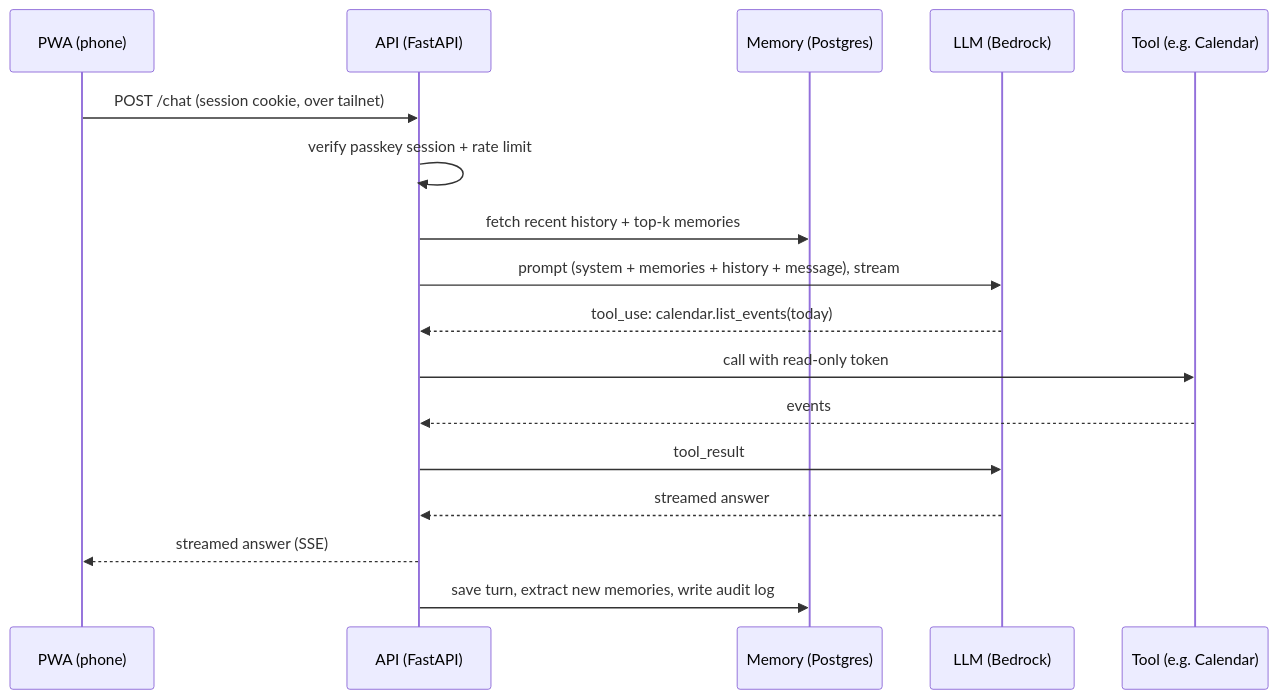
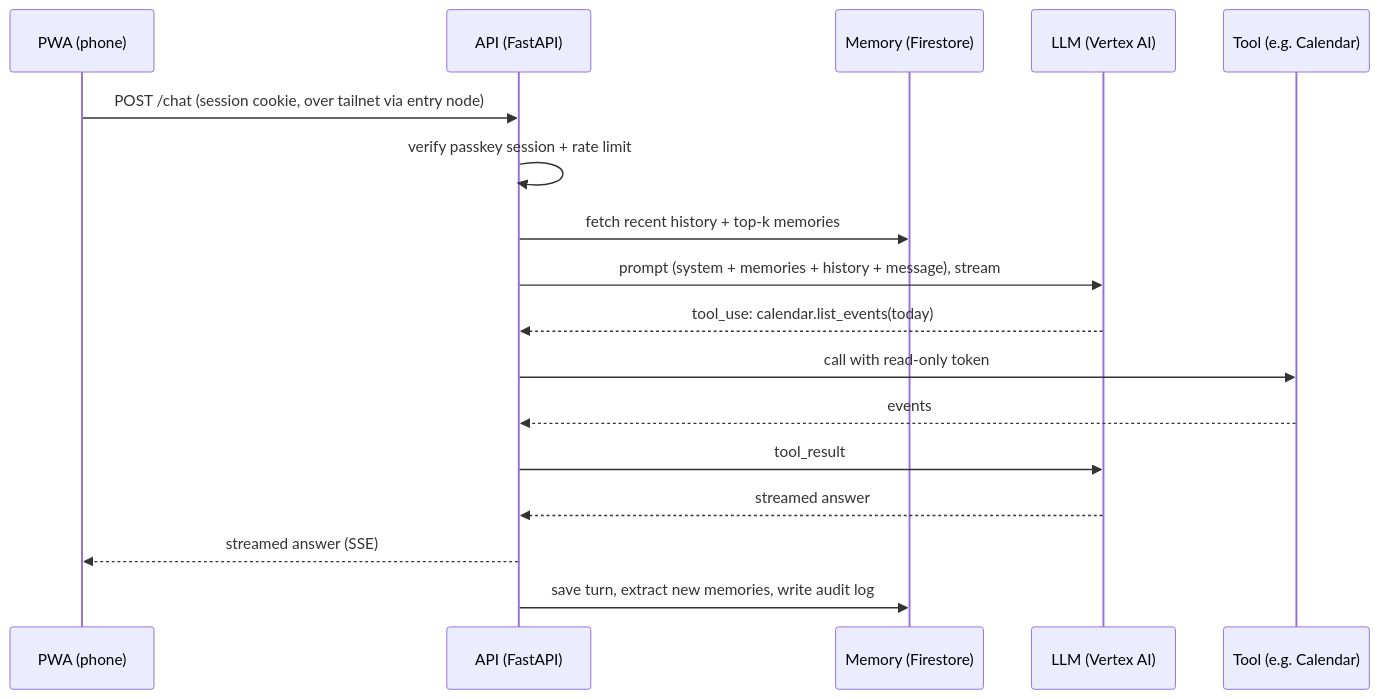
The third of 5 diagrams in docs/DESIGN.md (SharoffNIKHIL/Weekend2.0), drawn with Mermaid before and after one commit. The commit also changed other lines of this file and 91 other files, not shown here.

````diff
--- a/docs/DESIGN.md
+++ b/docs/DESIGN.md
@@ -202,19 +206,19 @@
 ```mermaid
 sequenceDiagram
   participant P as PWA (phone)
   participant A as API (FastAPI)
-  participant M as Memory (Postgres)
-  participant L as LLM (Bedrock)
+  participant M as Memory (Firestore)
+  participant L as LLM (Vertex AI)
   participant T as Tool (e.g. Calendar)
-  P->>A: POST /chat (session cookie, over tailnet)
+  P->>A: POST /chat (session cookie, over tailnet via entry node)
   A->>A: verify passkey session + rate limit
   A->>M: fetch recent history + top-k memories
   A->>L: prompt (system + memories + history + message), stream
   L-->>A: tool_use: calendar.list_events(today)
   A->>T: call with read-only token
   T-->>A: events
   A->>L: tool_result
   L-->>A: streamed answer
   A-->>P: streamed answer (SSE)
   A->>M: save turn, extract new memories, write audit log
 ```
````
